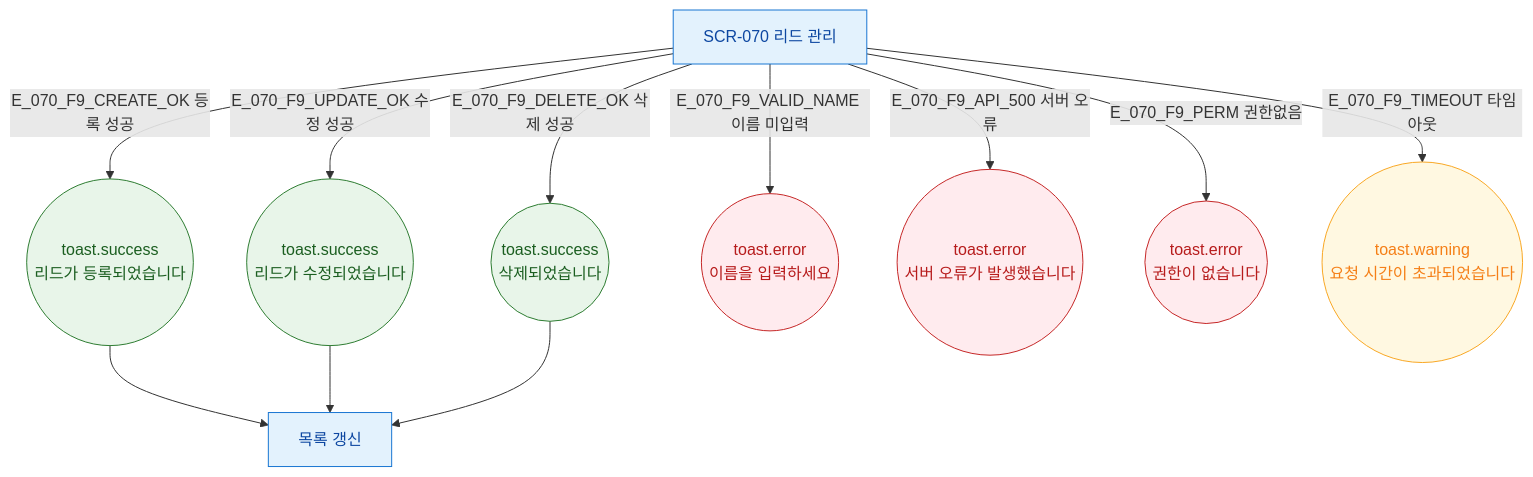
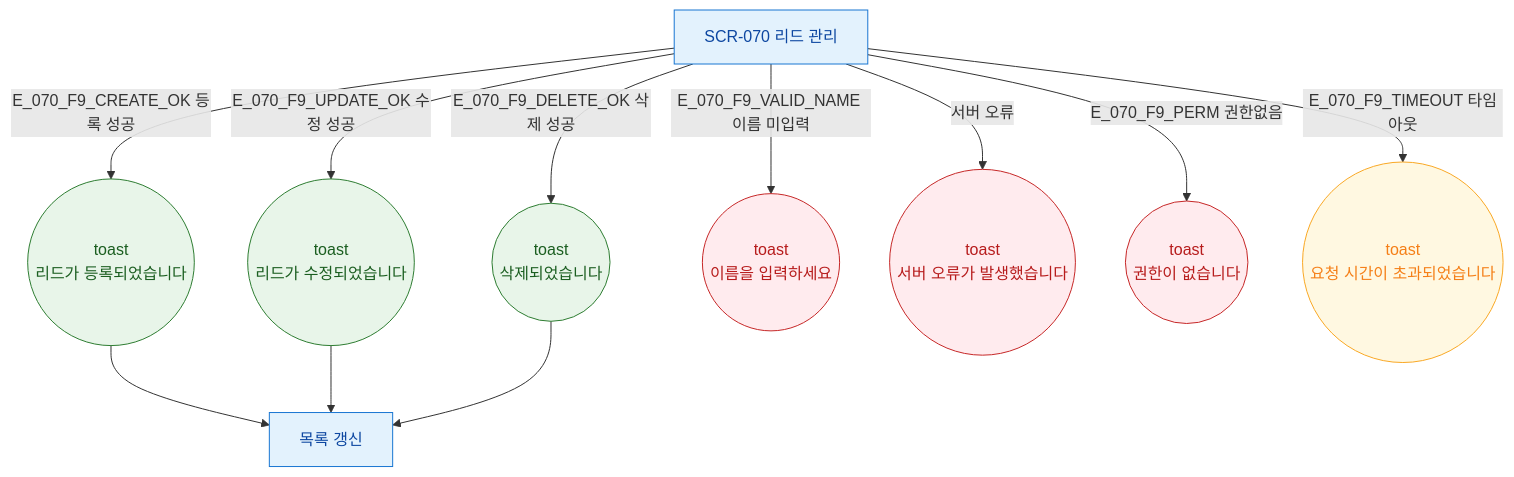
Before and after one commit to dev-spogym/admin-pando: the diagram in docs/다이어그램/D08_마케팅/SCR-070_리드관리/F9_토스트피드백.md, drawn with Mermaid. The commit also changed other lines of this file and 1660 other files, not shown here.

First line of the commit message:
다이어그램: 기획자/클라이언트 납품본으로 정리

````diff
--- a/docs/다이어그램/D08_마케팅/SCR-070_리드관리/F9_토스트피드백.md
+++ b/docs/다이어그램/D08_마케팅/SCR-070_리드관리/F9_토스트피드백.md
@@ -22,28 +20,28 @@
 ```mermaid
 flowchart TD
   SCR_070[SCR-070 리드 관리]
 
-  SCR_070 -->|E_070_F9_CREATE_OK 등록 성공| T_SUCCESS_CREATE((toast.success\n리드가 등록되었습니다))
-  SCR_070 -->|E_070_F9_UPDATE_OK 수정 성공| T_SUCCESS_UPDATE((toast.success\n리드가 수정되었습니다))
-  SCR_070 -->|E_070_F9_DELETE_OK 삭제 성공| T_SUCCESS_DELETE((toast.success\n삭제되었습니다))
+  SCR_070 -->|E_070_F9_CREATE_OK 등록 성공|T_SUCCESS_CREATE((toast\n리드가 등록되었습니다))
+  SCR_070 -->|E_070_F9_UPDATE_OK 수정 성공|T_SUCCESS_UPDATE((toast\n리드가 수정되었습니다))
+  SCR_070 -->|E_070_F9_DELETE_OK 삭제 성공|T_SUCCESS_DELETE((toast\n삭제되었습니다))
 
-  SCR_070 -->|E_070_F9_VALID_NAME 이름 미입력| T_ERROR_NAME((toast.error\n이름을 입력하세요))
+  SCR_070 -->|E_070_F9_VALID_NAME 이름 미입력|T_ERROR_NAME((toast\n이름을 입력하세요))
 
-  SCR_070 -->|E_070_F9_API_500 서버 오류| T_ERROR_SERVER((toast.error\n서버 오류가 발생했습니다))
-  SCR_070 -->|E_070_F9_PERM 권한없음| T_ERROR_PERM((toast.error\n권한이 없습니다))
-  SCR_070 -->|E_070_F9_TIMEOUT 타임아웃| T_WARNING_TIMEOUT((toast.warning\n요청 시간이 초과되었습니다))
+  SCR_070 -->|서버 오류|T_ERROR_SERVER((toast\n서버 오류가 발생했습니다))
+  SCR_070 -->|E_070_F9_PERM 권한없음|T_ERROR_PERM((toast\n권한이 없습니다))
+  SCR_070 -->|E_070_F9_TIMEOUT 타임아웃|T_WARNING_TIMEOUT((toast\n요청 시간이 초과되었습니다))
 
   T_SUCCESS_CREATE --> BACK[목록 갱신]
   T_SUCCESS_UPDATE --> BACK
   T_SUCCESS_DELETE --> BACK
 
-  classDef success     fill:#E8F5E9,stroke:#2E7D32,color:#1B5E20
-  classDef error       fill:#FFEBEE,stroke:#C62828,color:#B71C1C
-  classDef warning     fill:#FFF8E1,stroke:#F9A825,color:#F57F17
-  classDef screen      fill:#E3F2FD,stroke:#1976D2,color:#0D47A1
+  classDef success fill:#E8F5E9,stroke:#2E7D32,color:#1B5E20
+  classDef error fill:#FFEBEE,stroke:#C62828,color:#B71C1C
+  classDef warning fill:#FFF8E1,stroke:#F9A825,color:#F57F17
+  classDef screen fill:#E3F2FD,stroke:#1976D2,color:#0D47A1
 
   class T_SUCCESS_CREATE,T_SUCCESS_UPDATE,T_SUCCESS_DELETE success
   class T_ERROR_NAME,T_ERROR_SERVER,T_ERROR_PERM error
   class T_WARNING_TIMEOUT warning
   class SCR_070,BACK screen
 ```
````
